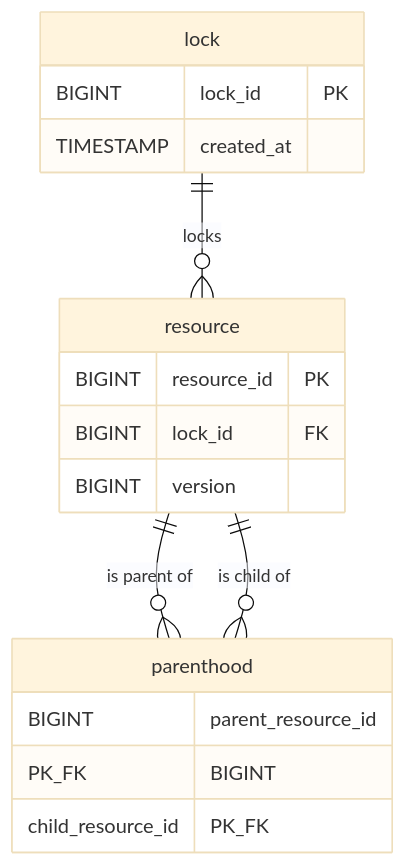
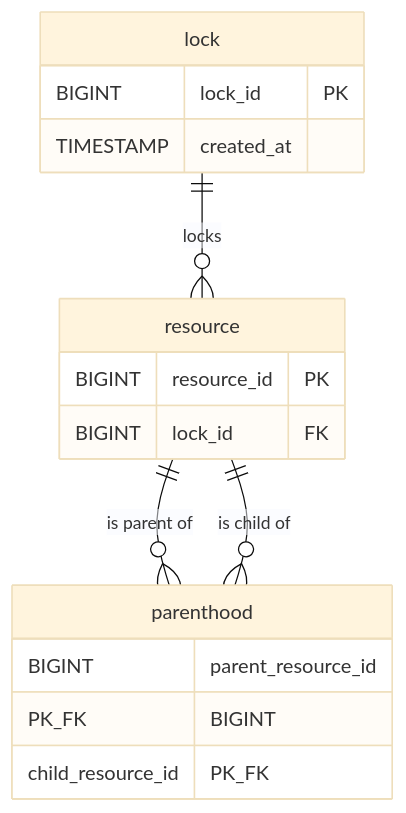
One commit to flower-org/F-Locker changed the diagram in README.md. Above: the diagram before and after it, drawn with Mermaid (base theme). The commit also changed 4 other files, not shown here.

````diff
--- a/README.md
+++ b/README.md
@@ -6,20 +6,19 @@
 ```mermaid
 erDiagram
     lock {
         BIGINT lock_id PK
         TIMESTAMP created_at
     }
     resource {
         BIGINT resource_id PK
         BIGINT lock_id FK
-        BIGINT version
     }
     parenthood {
         BIGINT parent_resource_id PK_FK
         BIGINT child_resource_id PK_FK
     }
 
     lock ||--o{ resource : "locks"
     resource ||--o{ parenthood : "is parent of"
     resource ||--o{ parenthood : "is child of"
 ```
````
